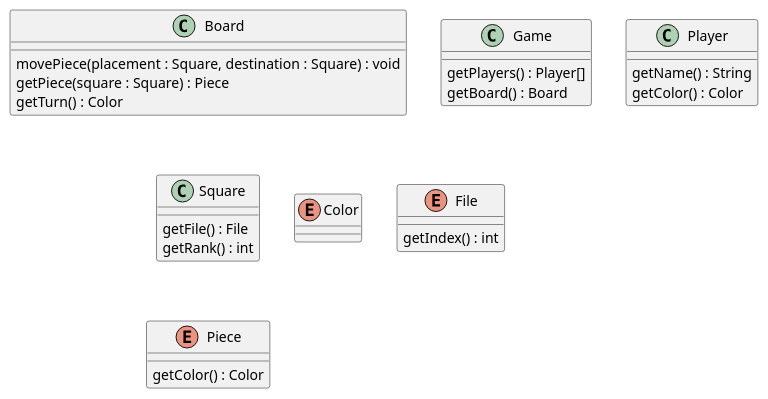
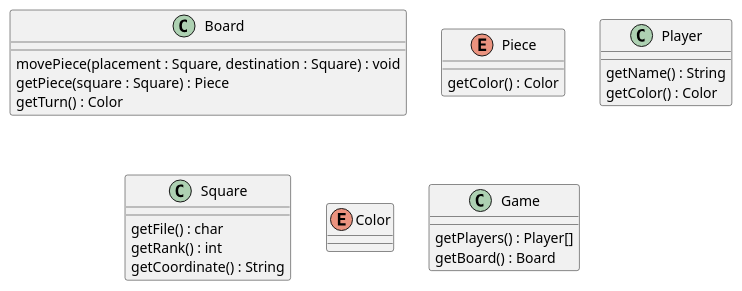
The diagram in uml/analysisModel.puml (Sttanyanz/endgame-notebook), drawn with PlantUML before and after one commit. The commit also changed 3 other files, not shown here.

Commit message:
style: moved PUML files to uml/

```diff
--- a/uml/analysisModel.puml
+++ b/uml/analysisModel.puml
@@ -1,40 +1,36 @@
 @startuml
 
 class Board
-class Game
+enum Piece
 class Player
 class Square
 enum Color
-enum File
-enum Piece
+class Game
 
 class Square {
-    getFile() : File
+    getFile() : char
     getRank() : int
+    getCoordinate() : String
 }
 
 class Board {
     movePiece(placement : Square, destination : Square) : void
     getPiece(square : Square) : Piece
     getTurn() : Color
 }
 
 class Player {
     getName() : String
     getColor() : Color
 }
 
 enum Piece {
     getColor() : Color
 }
 
 class Game {
     getPlayers() : Player[]
     getBoard() : Board
 }
 
-enum File {
-    getIndex() : int
-}
-
 @enduml
```
